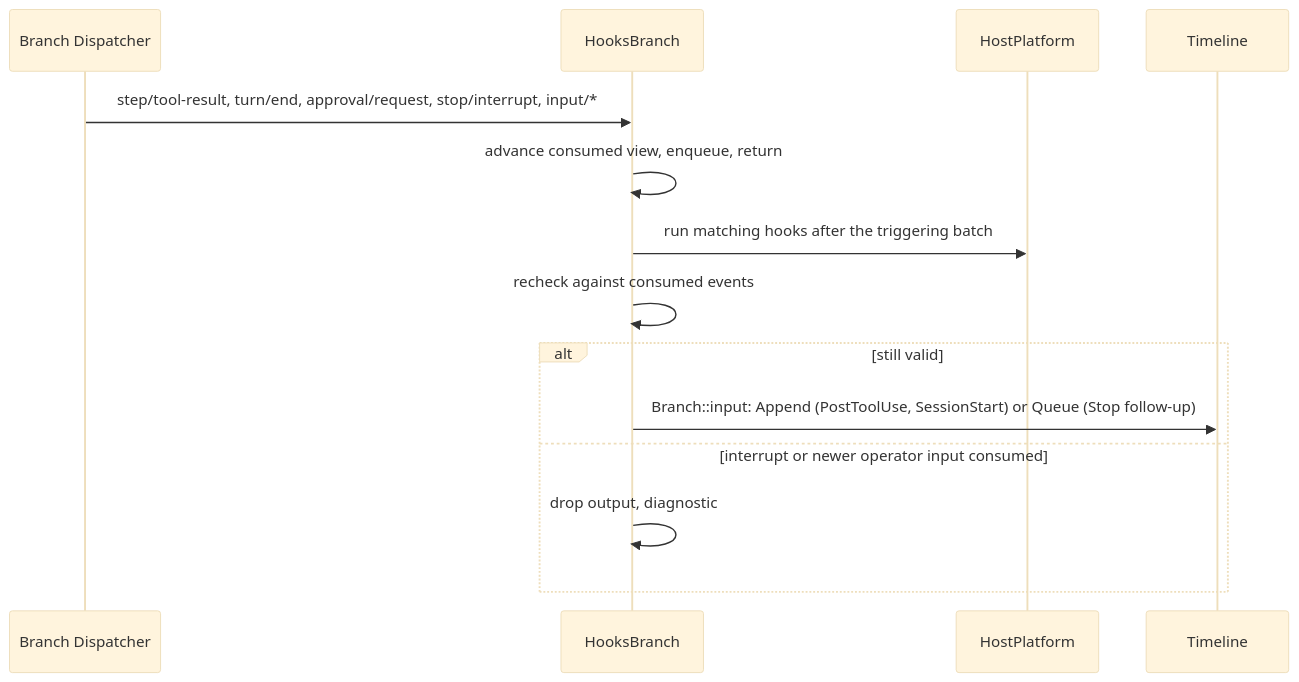
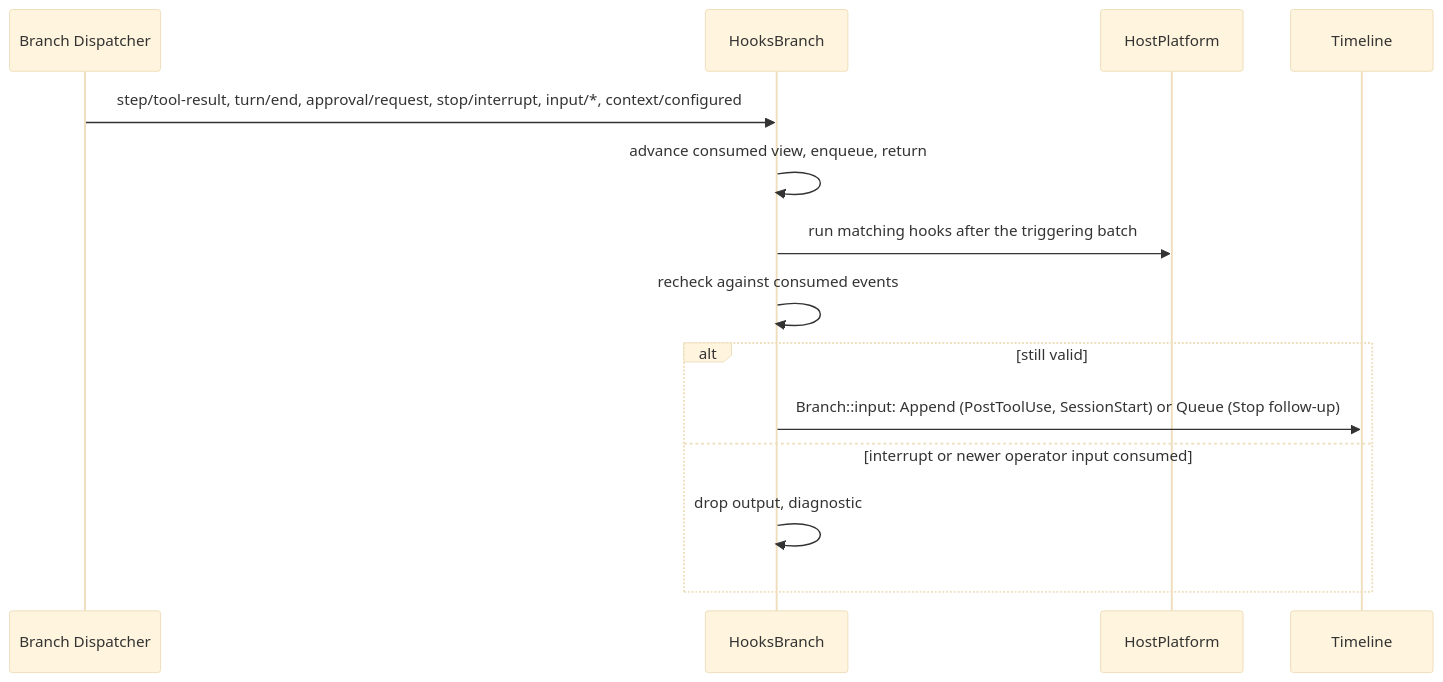
Before and after one commit to CoutinhoTTS/dim-agent: the sixth of 6 diagrams in docs/design/plugins/Hooks.md, drawn with Mermaid (base theme). The commit also changed other lines of this file and 13 other files, not shown here.

````diff
--- a/docs/design/plugins/Hooks.md
+++ b/docs/design/plugins/Hooks.md
@@ -181,16 +183,16 @@
 ```mermaid
 sequenceDiagram
   participant DP as Branch Dispatcher
   participant HB as HooksBranch
   participant HP as HostPlatform
   participant TL as Timeline
-  DP->>HB: step/tool-result, turn/end, approval/request, stop/interrupt, input/*
+  DP->>HB: step/tool-result, turn/end, approval/request, stop/interrupt, input/*, context/configured
   HB->>HB: advance consumed view, enqueue, return
   HB->>HP: run matching hooks after the triggering batch
   HB->>HB: recheck against consumed events
   alt still valid
     HB->>TL: Branch::input: Append (PostToolUse, SessionStart) or Queue (Stop follow-up)
   else interrupt or newer operator input consumed
     HB->>HB: drop output, diagnostic
   end
 ```
````
